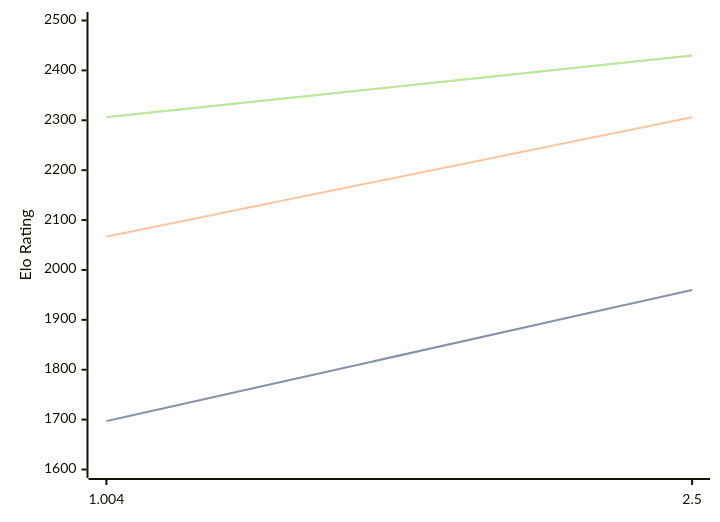
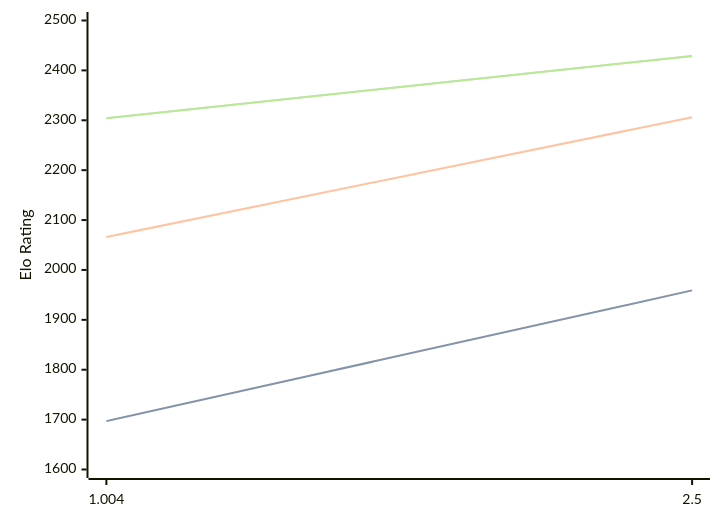
One commit to computer-chess-index/cci changed the diagram in engines/Ares.md. Above: the diagram before and after it, drawn with Mermaid. The commit also changed other lines of this file, not shown here.

Commit message:
Update CCI Ratings (ELO VLTC) - 2026-08-12

````diff
--- a/engines/Ares.md
+++ b/engines/Ares.md
@@ -32,11 +32,11 @@
 ```mermaid
 %%{init: {"theme":"base","themeVariables":{"seriesColors:['#a3a3a3','#222221','#faa371']}}}%%
 xychart-beta
   x-axis ["1.004", "2.5"]
   y-axis "Elo Rating" 1600 --> 2500
-  line "STC (8.0+0.08s)" [1697, 1960]
-  line "STC (8.0+0.08s)" [1697, 1960]
-  line "LTC (60.0+0.60s)" [2067, 2306]
-  line "VLTC (2m24s+1.12s)" [2306, 2430]
-  line "VLTC (2m24s+1.12s)" [2306, 2430]
+  line "STC (8.0+0.08s)" [1697, 1959]
+  line "STC (8.0+0.08s)" [1697, 1959]
+  line "LTC (60.0+0.60s)" [2066, 2306]
+  line "VLTC (2m24s+1.12s)" [2304, 2429]
+  line "VLTC (2m24s+1.12s)" [2304, 2429]
 ```
````
